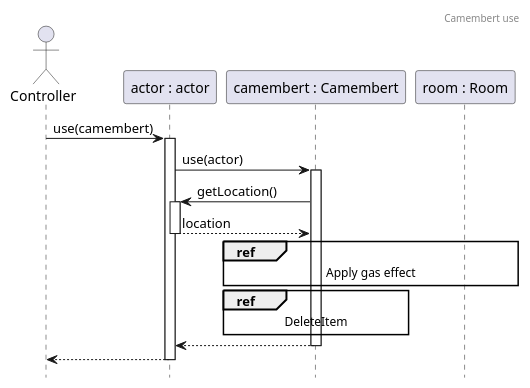
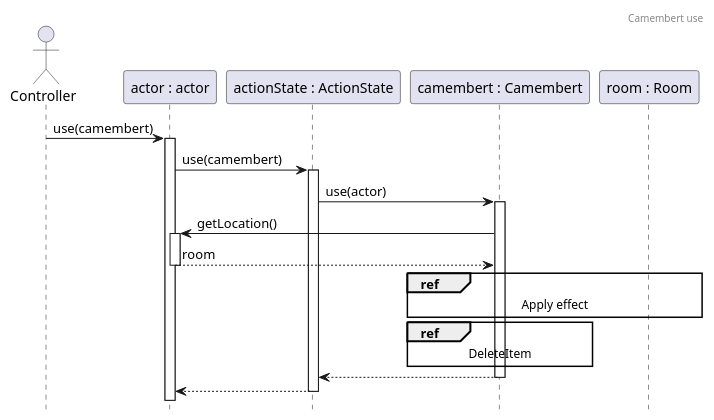
The diagram in docs/sequence/items/CamembertUse.puml (Kristof-me/Logarlec), drawn with PlantUML before and after one commit. The commit also changed 48 other files, not shown here.

```diff
--- a/docs/sequence/items/CamembertUse.puml
+++ b/docs/sequence/items/CamembertUse.puml
@@ -1,22 +1,24 @@
 @startuml CamembertUse
 header Camembert use
 
 actor controller as "Controller"
 participant actor as "actor : actor"
+participant state as "actionState : ActionState"
 participant camembert as "camembert : Camembert"
 participant room as "room : Room"
 
 controller -> actor++: use(camembert)
-actor -> camembert++: use(actor)
+actor -> state ++: use(camembert)
+state -> camembert++: use(actor)
 
 camembert -> actor++: getLocation()
-return location
+return room
 
-ref over camembert, room : Apply gas effect
+ref over camembert, room : Apply effect
 ref over camembert : DeleteItem
 
 return
 return
 
 hide footbox
 @enduml
```
